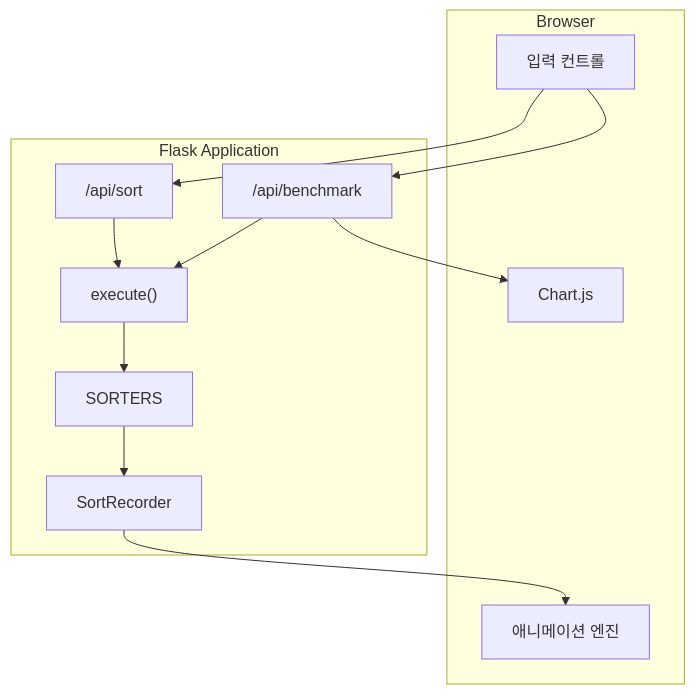
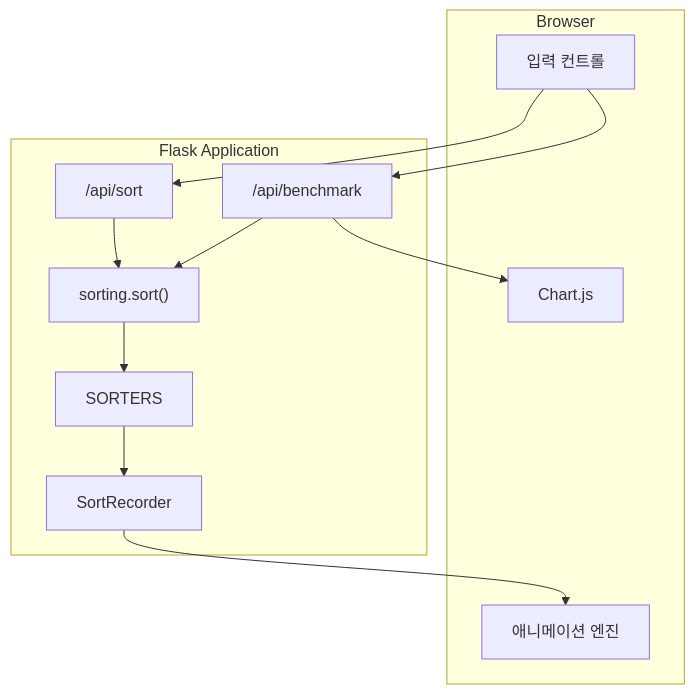
Before and after one commit to leejj1345/SortingAlgorithmVisualizer: the first of 4 diagrams in docs/TECHNICAL_GUIDE.md, drawn with Mermaid. The commit also changed other lines of this file and 8 other files, not shown here.

````diff
--- a/docs/TECHNICAL_GUIDE.md
+++ b/docs/TECHNICAL_GUIDE.md
@@ -16,25 +16,25 @@
 ```mermaid
 flowchart TB
     subgraph Browser["Browser"]
         UI["입력 컨트롤"]
         AN["애니메이션 엔진"]
         CH["Chart.js"]
     end
 
     subgraph Flask["Flask Application"]
         SORT["/api/sort"]
         BENCH["/api/benchmark"]
-        EXEC["execute()"]
+        EXEC["sorting.sort()"]
         MAP["SORTERS"]
         REC["SortRecorder"]
     end
 
     UI --> SORT
     UI --> BENCH
     SORT --> EXEC
     BENCH --> EXEC
     EXEC --> MAP
     MAP --> REC
     REC --> AN
     BENCH --> CH
 ```
````
